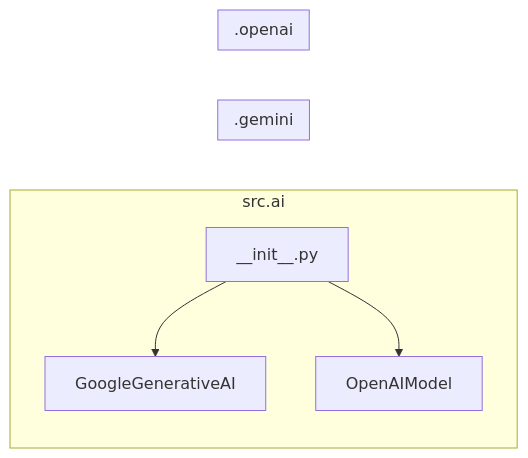
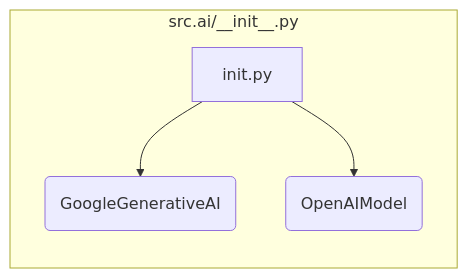
Before and after one commit to hypo69/hypo: the second of 2 diagrams in docs/gemini/ru/explainer/src/ai/__init__.md, drawn with Mermaid. The commit also changed other lines of this file and 877 other files, not shown here.

````diff
--- a/docs/gemini/ru/explainer/src/ai/__init__.md
+++ b/docs/gemini/ru/explainer/src/ai/__init__.md
@@ -41,13 +34,7 @@
 ```mermaid
 graph LR
-    subgraph src.ai
-        A[__init__.py] --> B(GoogleGenerativeAI);
+    subgraph "src.ai/__init__.py"
+        A[init.py] --> B(GoogleGenerativeAI);
         A --> C(OpenAIModel);
     end
-    subgraph .gemini
-        B[GoogleGenerativeAI];
-    end
-    subgraph .openai
-        C[OpenAIModel];
-    end
 ```
````
